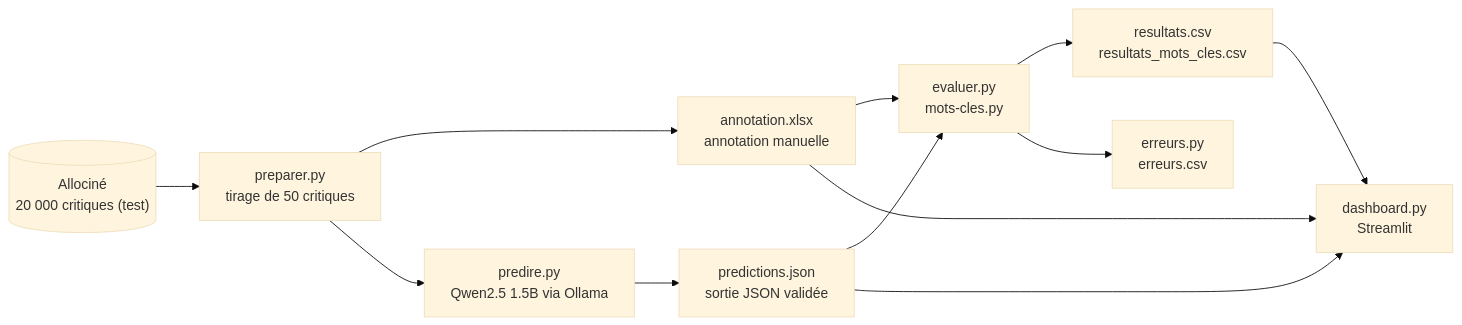
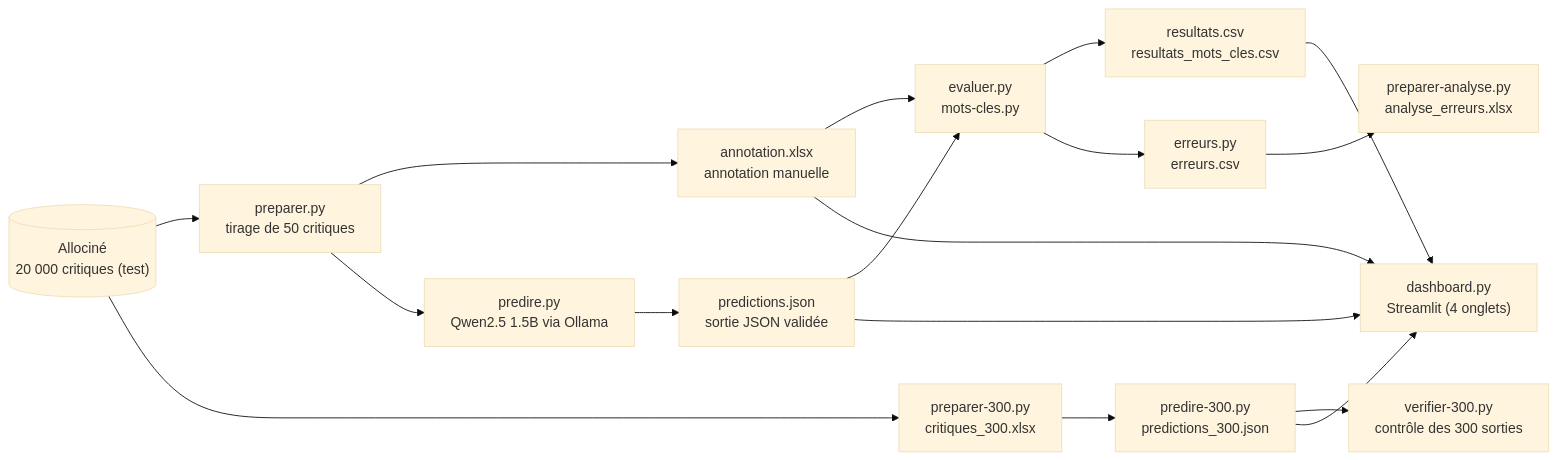
Before and after one commit to rimabenarfi153-web/Analyse-de-critiques-par-aspect-: the first of 2 diagrams in README.md, drawn with Mermaid (base theme). The commit also changed other lines of this file and 19 other files, not shown here.

````diff
--- a/README.md
+++ b/README.md
@@ -62,14 +67,19 @@
 ```mermaid
 flowchart LR
     A[("Allociné<br/>20 000 critiques (test)")] --> B["preparer.py<br/>tirage de 50 critiques"]
     B --> C["annotation.xlsx<br/>annotation manuelle"]
     B --> D["predire.py<br/>Qwen2.5 1.5B via Ollama"]
     D --> E["predictions.json<br/>sortie JSON validée"]
     C --> F["evaluer.py<br/>mots-cles.py"]
     E --> F
     F --> G["resultats.csv<br/>resultats_mots_cles.csv"]
     F --> H["erreurs.py<br/>erreurs.csv"]
-    G --> I["dashboard.py<br/>Streamlit"]
+    H --> J["preparer-analyse.py<br/>analyse_erreurs.xlsx"]
+    A --> K["preparer-300.py<br/>critiques_300.xlsx"]
+    K --> L["predire-300.py<br/>predictions_300.json"]
+    L --> M["verifier-300.py<br/>contrôle des 300 sorties"]
+    G --> I["dashboard.py<br/>Streamlit (4 onglets)"]
     E --> I
     C --> I
+    L --> I
 ```
````
